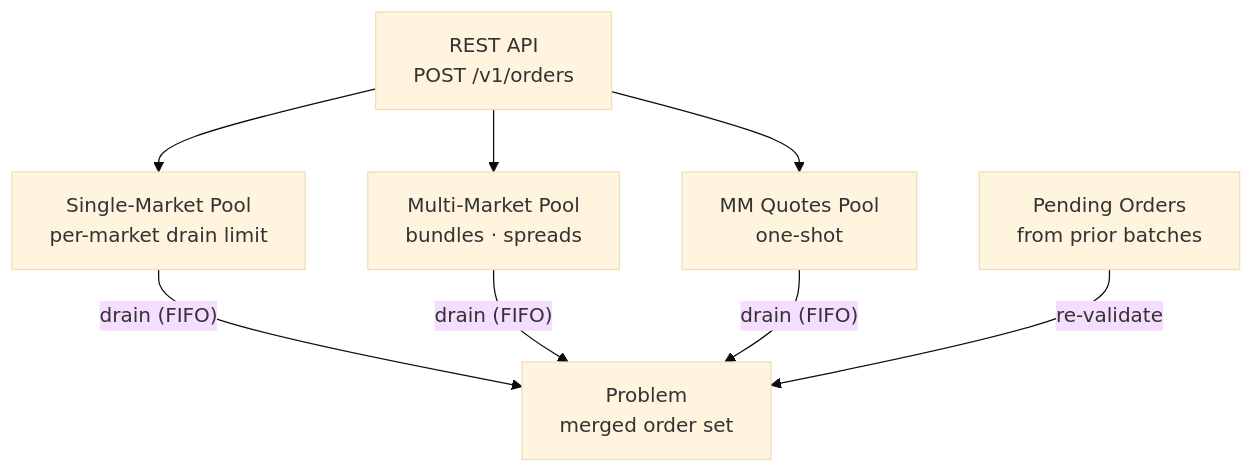
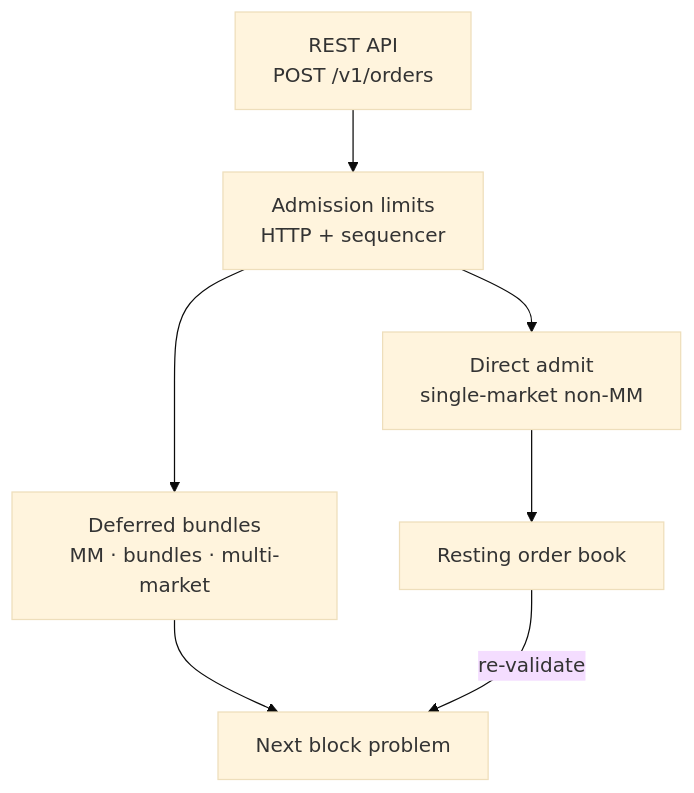
One commit to MetaB0y/sybil changed the diagram in docs/architecture/Mempool.md. Above: the diagram before and after it, drawn with Mermaid (base theme). The commit also changed other lines of this file and 26 other files, not shown here.

First line of the commit message:
feat: harden live deployment and order admission

````diff
--- a/docs/architecture/Mempool.md
+++ b/docs/architecture/Mempool.md
@@ -15,9 +22,10 @@
 ```mermaid
 graph TB
     API["REST API<br/>POST /v1/orders"]
-    API --> SM["Single-Market Pool<br/>per-market drain limit"]
-    API --> MM["Multi-Market Pool<br/>bundles · spreads"]
-    API --> MQ["MM Quotes Pool<br/>one-shot"]
-    SM & MM & MQ -->|"drain (FIFO)"| PROBLEM["Problem<br/>merged order set"]
-    PENDING["Pending Orders<br/>from prior batches"] -->|"re-validate"| PROBLEM
+    API --> LIMITS["Admission limits<br/>HTTP + sequencer"]
+    LIMITS --> DIRECT["Direct admit<br/>single-market non-MM"]
+    LIMITS --> DEFER["Deferred bundles<br/>MM · bundles · multi-market"]
+    DIRECT --> BOOK["Resting order book"]
+    DEFER --> PROBLEM["Next block problem"]
+    BOOK -->|"re-validate"| PROBLEM
 ```
````
